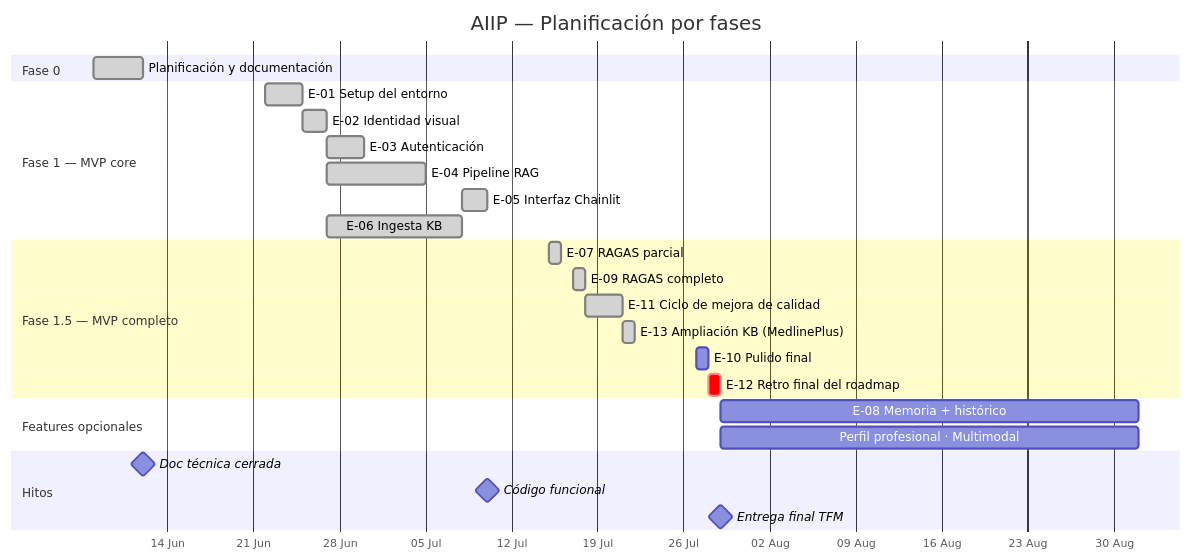
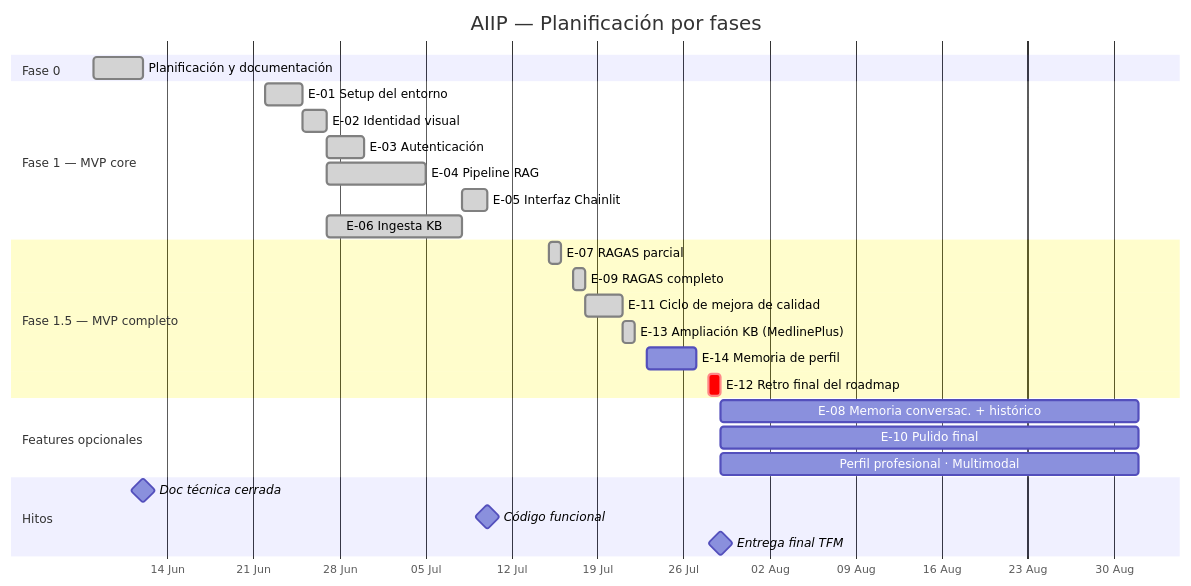
One commit to mimpho/aiip changed the diagram in README.md. Above: the diagram before and after it, drawn with Mermaid. The commit also changed other lines of this file and 2 other files, not shown here.

Commit message:
refactor: replace E-10 with new E-14 (profile memory) in Phase 1.5 and update backlog roadmap per D-087

````diff
--- a/README.md
+++ b/README.md
@@ -68,34 +69,35 @@
 ```mermaid
 gantt
     title AIIP — Planificación por fases
     dateFormat  YYYY-MM-DD
     axisFormat  %d %b
 
     section Fase 0
     Planificación y documentación     :done,    f0, 2026-06-08, 2026-06-12
 
     section Fase 1 — MVP core
     E-01 Setup del entorno            :done,    e01, 2026-06-22, 2026-06-25
     E-02 Identidad visual             :done,    e02, 2026-06-25, 2026-06-27
     E-03 Autenticación                :done,    e03, 2026-06-27, 2026-06-30
     E-04 Pipeline RAG                 :done,    e04, 2026-06-27, 2026-07-05
     E-05 Interfaz Chainlit            :done,    e05, 2026-07-08, 2026-07-10
     E-06 Ingesta KB                   :done,    e06, 2026-06-27, 2026-07-08
 
     section Fase 1.5 — MVP completo
     E-07 RAGAS parcial                :done,    e07, 2026-07-15, 2026-07-16
     E-09 RAGAS completo                :done,    e09, 2026-07-17, 2026-07-18
     E-11 Ciclo de mejora de calidad   :done,    e11, 2026-07-18, 2026-07-21
     E-13 Ampliación KB (MedlinePlus)  :done,    e13, 2026-07-21, 2026-07-22
-    E-10 Pulido final                 :         e10, 2026-07-27, 2026-07-28
+    E-14 Memoria de perfil            :         e14, 2026-07-23, 2026-07-27
     E-12 Retro final del roadmap      :crit,    e12, 2026-07-28, 2026-07-29
 
     section Features opcionales
-    E-08 Memoria + histórico          :         e08, 2026-07-29, 2026-09-01
+    E-08 Memoria conversac. + histórico :       e08, 2026-07-29, 2026-09-01
+    E-10 Pulido final                 :         e10, 2026-07-29, 2026-09-01
     Perfil profesional · Multimodal   :         fo, 2026-07-29, 2026-09-01
 
     section Hitos
     Doc técnica cerrada               :milestone, 2026-06-12, 0d
     Código funcional                  :milestone, 2026-07-10, 0d
     Entrega final TFM                 :milestone, 2026-07-29, 0d
 ```
````
